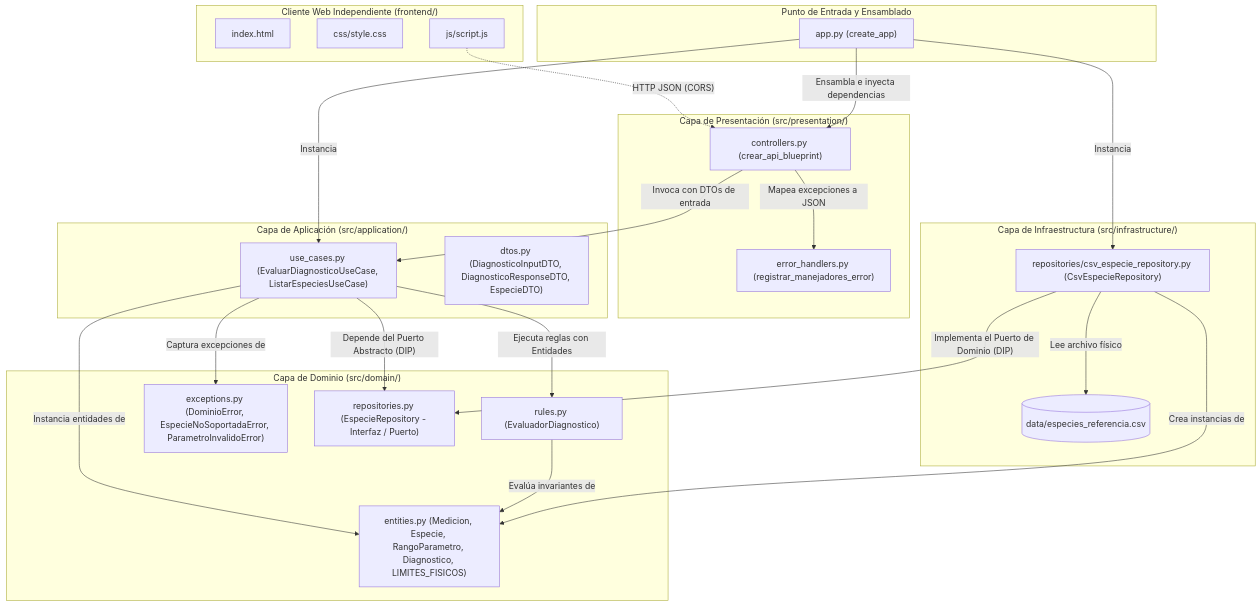
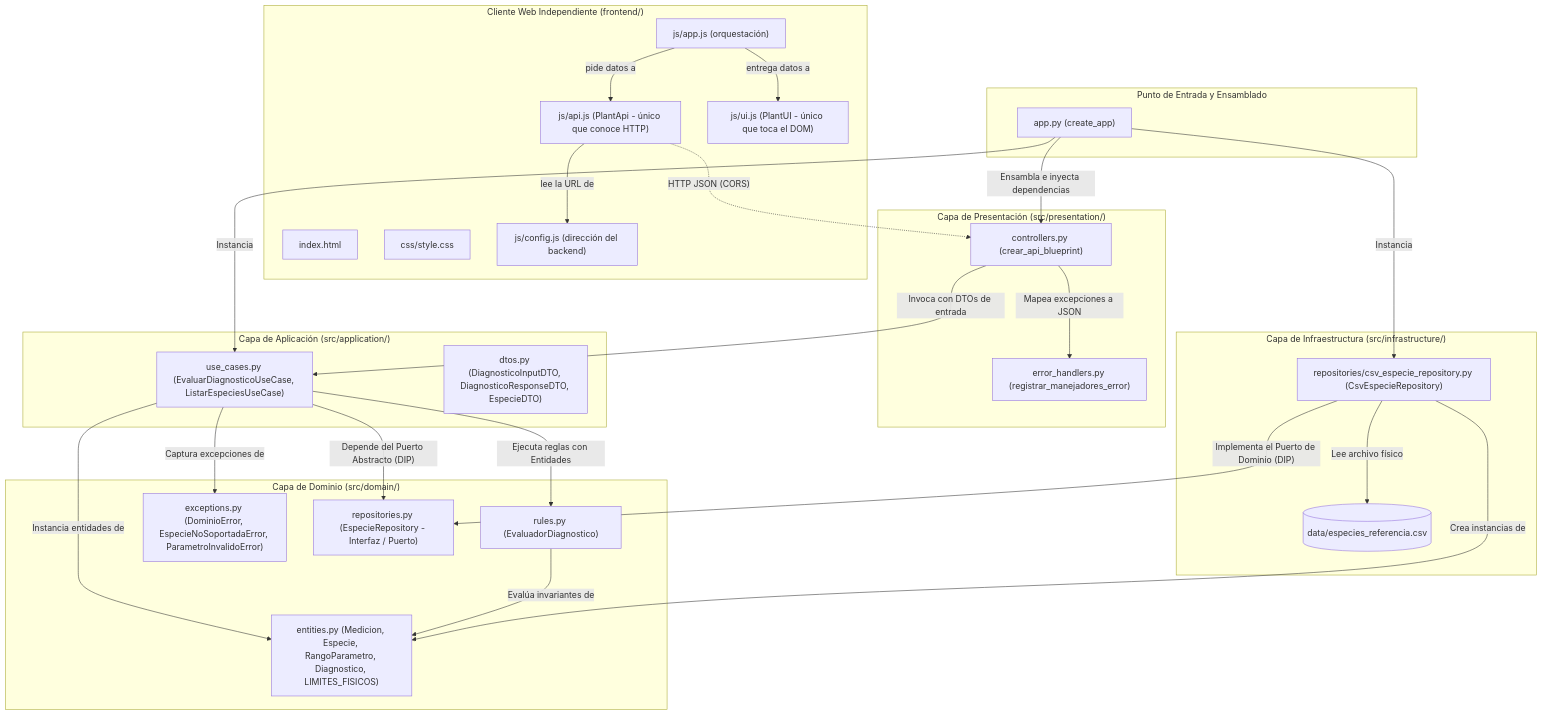
One commit to estebanstack/SmartPlantBase changed the first of 2 diagrams in docs/documento_arquitectura.md. Above: the diagram before and after it, drawn with Mermaid. The commit also changed other lines of this file and 8 other files, not shown here.

````diff
--- a/docs/documento_arquitectura.md
+++ b/docs/documento_arquitectura.md
@@ -11,50 +11,56 @@
 ```mermaid
 graph TD
     subgraph Frontend["Cliente Web Independiente (frontend/)"]
         F1["index.html"]
         F2["css/style.css"]
-        F3["js/script.js"]
+        F3["js/config.js (dirección del backend)"]
+        F4["js/api.js (PlantApi - único que conoce HTTP)"]
+        F5["js/ui.js (PlantUI - único que toca el DOM)"]
+        F6["js/app.js (orquestación)"]
     end
 
     subgraph Presentation["Capa de Presentación (src/presentation/)"]
         P1["controllers.py (crear_api_blueprint)"]
         P2["error_handlers.py (registrar_manejadores_error)"]
     end
 
     subgraph Application["Capa de Aplicación (src/application/)"]
         A1["use_cases.py (EvaluarDiagnosticoUseCase, ListarEspeciesUseCase)"]
         A2["dtos.py (DiagnosticoInputDTO, DiagnosticoResponseDTO, EspecieDTO)"]
     end
 
     subgraph Domain["Capa de Dominio (src/domain/)"]
         D1["entities.py (Medicion, Especie, RangoParametro, Diagnostico, LIMITES_FISICOS)"]
         D2["rules.py (EvaluadorDiagnostico)"]
         D3["exceptions.py (DominioError, EspecieNoSoportadaError, ParametroInvalidoError)"]
         D4["repositories.py (EspecieRepository - Interfaz / Puerto)"]
     end
 
     subgraph Infrastructure["Capa de Infraestructura (src/infrastructure/)"]
         I1["repositories/csv_especie_repository.py (CsvEspecieRepository)"]
         DATA[("data/especies_referencia.csv")]
     end
 
     subgraph EntryPoint["Punto de Entrada y Ensamblado"]
         ROOT["app.py (create_app)"]
     end
 
     %% Relaciones de consumo y dependencia
-    F3 -.->|"HTTP JSON (CORS)"| P1
+    F4 -.->|"HTTP JSON (CORS)"| P1
+    F6 -->|"pide datos a"| F4
+    F6 -->|"entrega datos a"| F5
+    F4 -->|"lee la URL de"| F3
     ROOT -->|"Ensambla e inyecta dependencias"| P1
     ROOT -->|"Instancia"| I1
     ROOT -->|"Instancia"| A1
     P1 -->|"Invoca con DTOs de entrada"| A1
     P1 -->|"Mapea excepciones a JSON"| P2
     A1 -->|"Depende del Puerto Abstracto (DIP)"| D4
     A1 -->|"Ejecuta reglas con Entidades"| D2
     A1 -->|"Instancia entidades de"| D1
     A1 -->|"Captura excepciones de"| D3
     D2 -->|"Evalúa invariantes de"| D1
     I1 -->|"Implementa el Puerto de Dominio (DIP)"| D4
     I1 -->|"Lee archivo físico"| DATA
     I1 -->|"Crea instancias de"| D1
 ```
````
